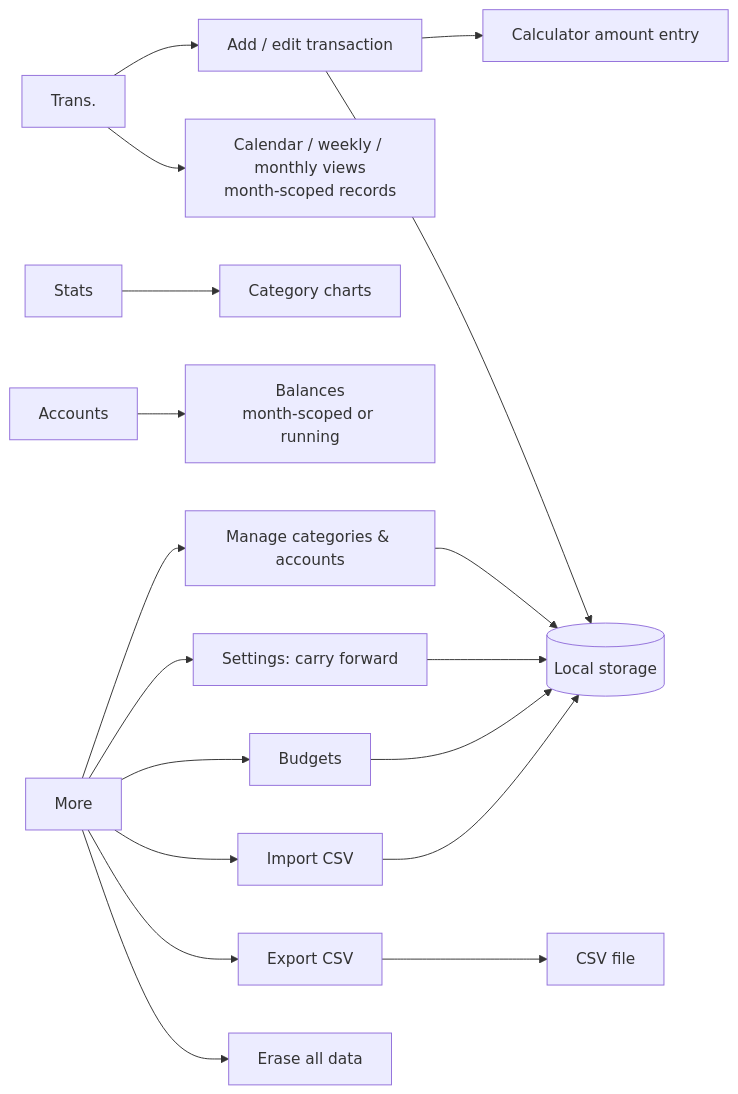
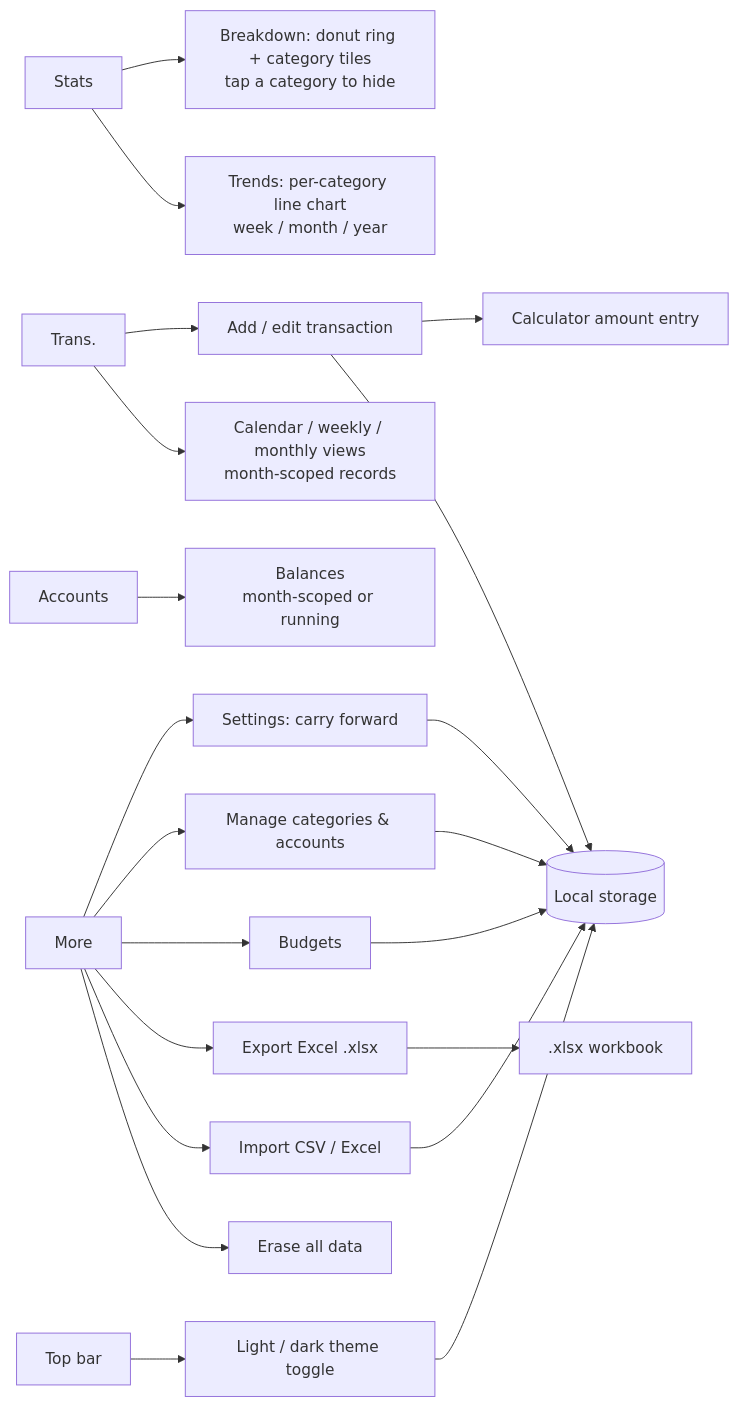
One commit to dushyant97/money-sheets changed the second of 6 diagrams in README.md. Above: the diagram before and after it, drawn with Mermaid. The commit also changed other lines of this file and 14 other files, not shown here.

````diff
--- a/README.md
+++ b/README.md
@@ -80,21 +83,24 @@
 ```mermaid
 flowchart LR
+  Top[Top bar] --> Theme[Light / dark theme toggle]
   T[Trans.] --> Add[Add / edit transaction]
   Add --> Calc[Calculator amount entry]
   T --> Calendar[Calendar / weekly / monthly views<br/>month-scoped records]
-  S[Stats] --> Charts[Category charts]
+  S[Stats] --> Breakdown[Breakdown: donut ring + category tiles<br/>tap a category to hide]
+  S --> Trends[Trends: per-category line chart<br/>week / month / year]
   A[Accounts] --> Balances[Balances<br/>month-scoped or running]
   M[More] --> Settings[Settings: carry forward]
   M --> Manage[Manage categories & accounts]
   M --> Budgets[Budgets]
-  M --> Export[Export CSV]
-  M --> Import[Import CSV]
+  M --> Export[Export Excel .xlsx]
+  M --> Import[Import CSV / Excel]
   M --> Erase[Erase all data]
 
   Add --> Store[(Local storage)]
   Manage --> Store
   Settings --> Store
   Budgets --> Store
-  Export --> File[CSV file]
+  Theme --> Store
+  Export --> File[.xlsx workbook]
   Import --> Store
 ```
````
